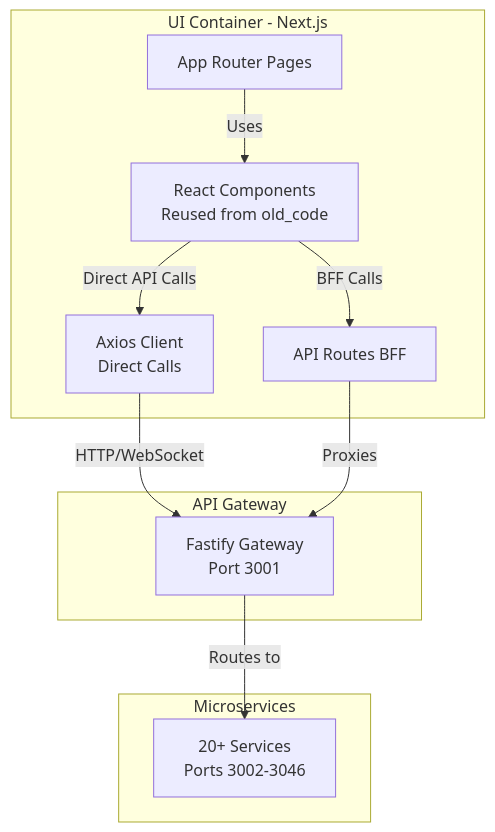
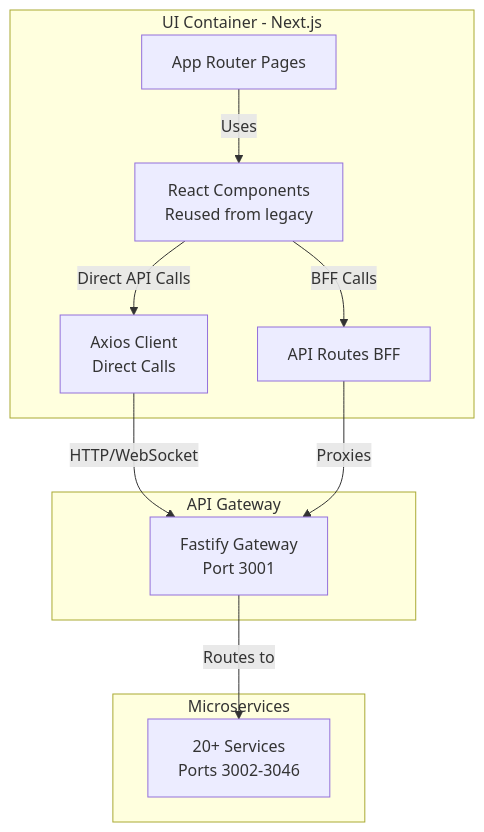
One commit to Edgame2/castiel2 changed the fourth of 4 diagrams in documentation/global/Infrastructure.md. Above: the diagram before and after it, drawn with Mermaid. The commit also changed other lines of this file and 673 other files, not shown here.

````diff
--- a/documentation/global/Infrastructure.md
+++ b/documentation/global/Infrastructure.md
@@ -430,24 +430,24 @@
 ```mermaid
 graph TB
     subgraph UI["UI Container - Next.js"]
         Pages[App Router Pages]
-        Components[React Components<br/>Reused from old_code]
+        Components[React Components<br/>Reused from legacy]
         APIRoutes[API Routes BFF]
         APIClient[Axios Client<br/>Direct Calls]
     end
     
     subgraph Gateway["API Gateway"]
         GatewaySvc[Fastify Gateway<br/>Port 3001]
     end
     
     subgraph Services["Microservices"]
         Microservices[20+ Services<br/>Ports 3002-3046]
     end
     
     Pages -->|Uses| Components
     Components -->|Direct API Calls| APIClient
     Components -->|BFF Calls| APIRoutes
     APIClient -->|HTTP/WebSocket| GatewaySvc
     APIRoutes -->|Proxies| GatewaySvc
     GatewaySvc -->|Routes to| Microservices
 ```
````
